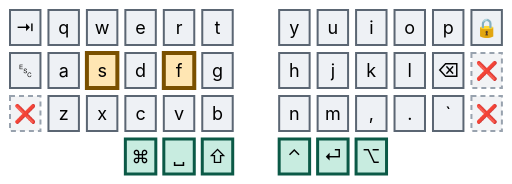
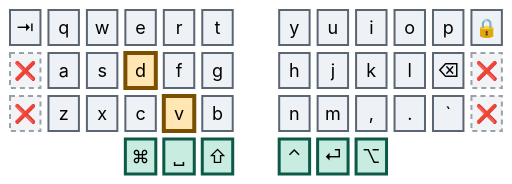
One commit to abloch/zmk-corne changed the fifth of 41 diagrams in combos.md. Above: the diagram before and after it, drawn with Mermaid. The commit also changed other lines of this file and 5 other files, not shown here.

````diff
--- a/combos.md
+++ b/combos.md
@@ -129,21 +129,21 @@
 ```mermaid
 %%{init: {'theme':'base','themeVariables':{'primaryColor':'#eef1f5','primaryTextColor':'#0b0f14','primaryBorderColor':'#5b6673','nodeTextColor':'#0b0f14','textColor':'#0b0f14','mainBkg':'#eef1f5','fontSize':'18px'}}}%%
 block
 columns 13
 
   tab["⇥"] q w e r t space y u i o p lock["🔒"]
-  esc["␛"] a s d f g space h j k l bspc["⌫"] x1["❌"]
+  x4["❌"] a s d f g space h j k l bspc["⌫"] x1["❌"]
   x2["❌"] z x c v b space n m cma[","] dot["."] grv[" `"] x3["❌"]
   space:3 cmd["⌘"] spc["␣"] sft["⇧"] space ctl["⌃"] ent["⏎"] alt["⌥"] space:3
 
   classDef anchor fill:#bfe6f0,stroke:#0a4f63,stroke-width:4px,color:#04222b
   classDef trig fill:#ffe6b3,stroke:#7a5000,stroke-width:4px,color:#2e1e00
   classDef core fill:#eef1f5,stroke:#5b6673,stroke-width:2px,color:#0b0f14
   classDef thumb fill:#c8ece0,stroke:#0b5946,stroke-width:3px,color:#06241c
   classDef dead fill:#f2f3f5,stroke:#98a2ae,stroke-width:2px,stroke-dasharray:5 4,color:#5b6673
 
-  class s,f trig
-  class tab,q,w,e,r,t,y,u,i,o,p,lock,esc,a,d,g,h,j,k,l,bspc,z,x,c,v,b,n,m,cma,dot,grv core
+  class d,v trig
+  class tab,q,w,e,r,t,y,u,i,o,p,lock,a,s,f,g,h,j,k,l,bspc,z,x,c,b,n,m,cma,dot,grv core
   class cmd,spc,sft,ctl,ent,alt thumb
-  class x1,x2,x3 dead
+  class x1,x2,x3,x4 dead
 ```
````
